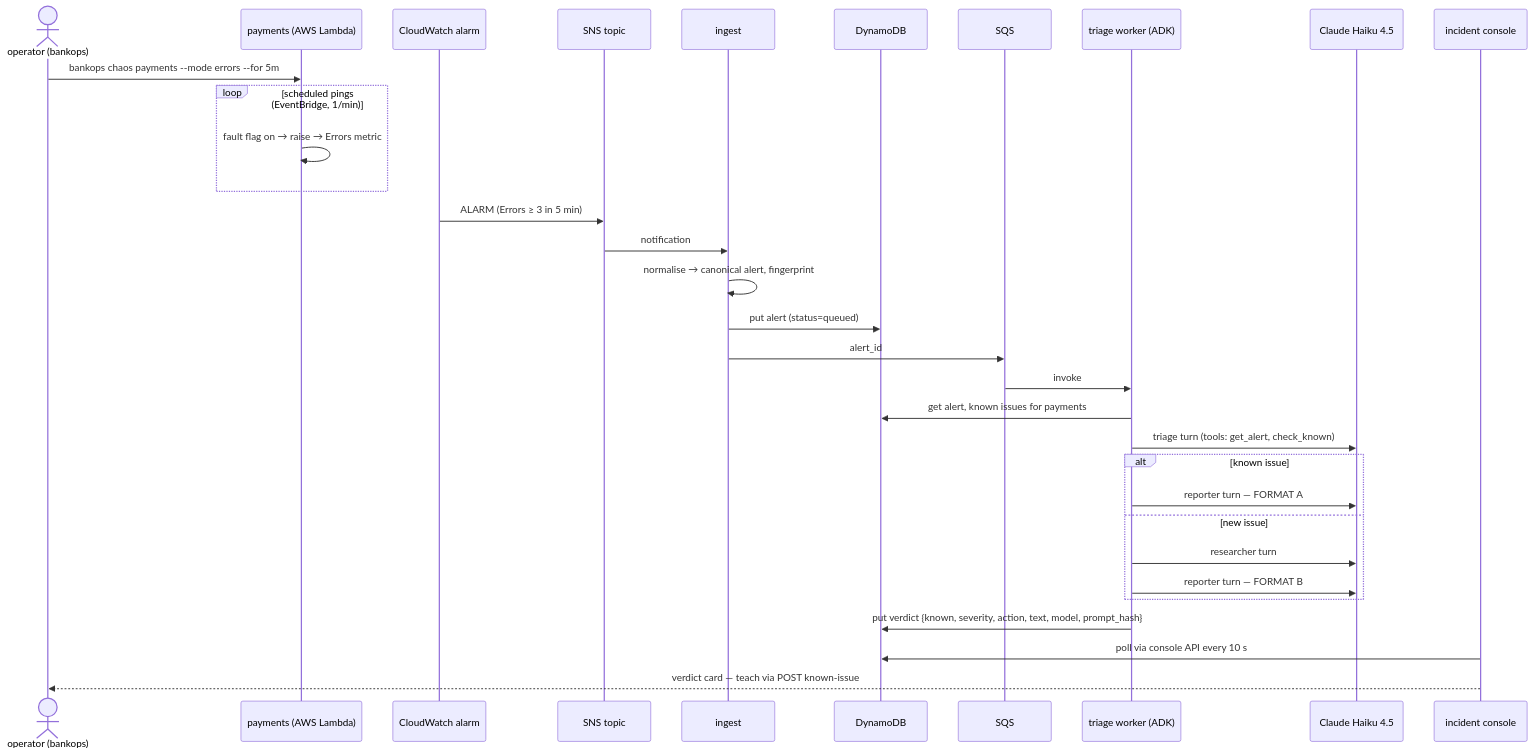
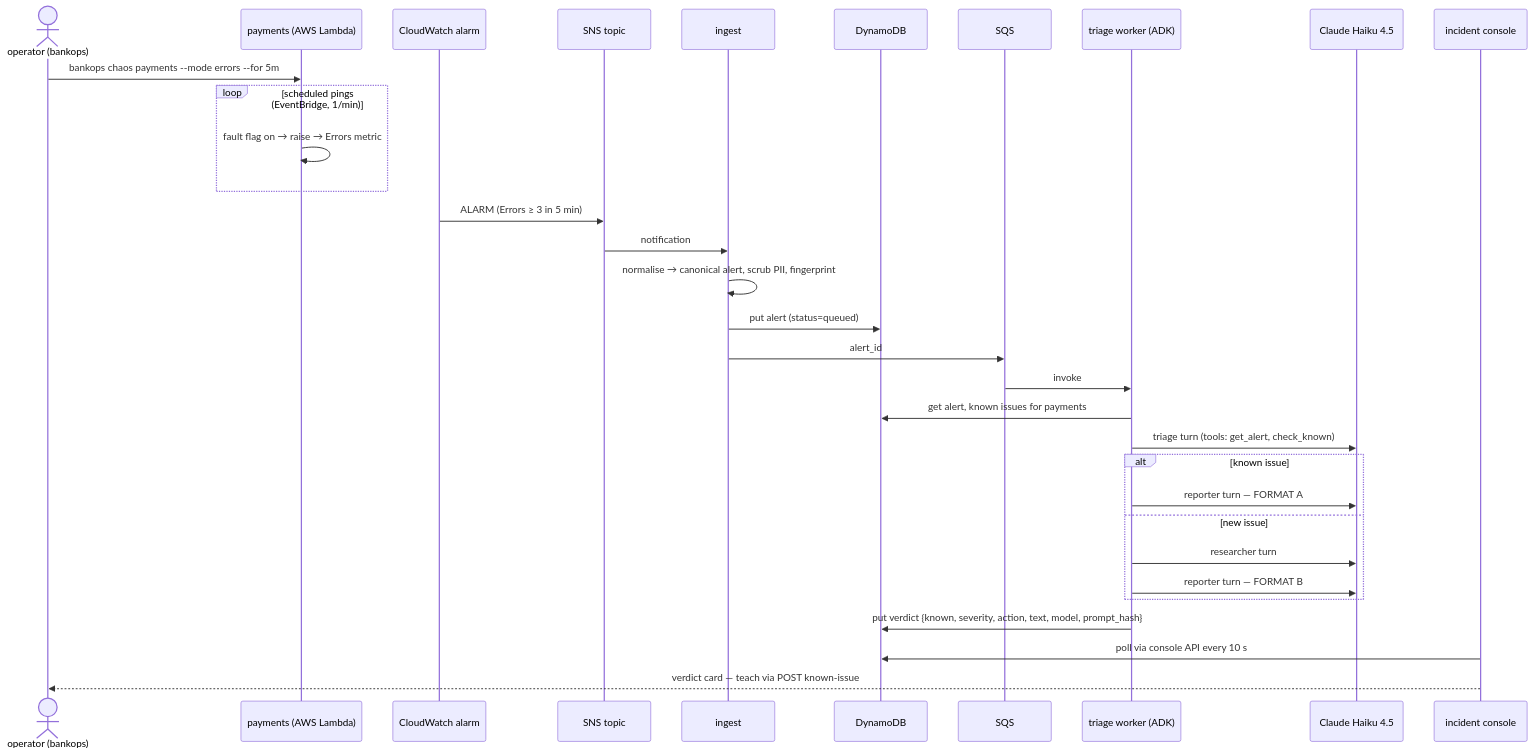
One commit to KucherenkoSerhiy/oncall-triage changed the fifth of 5 diagrams in docs/DESIGN.md. Above: the diagram before and after it, drawn with Mermaid. The commit also changed other lines of this file, not shown here.

````diff
--- a/docs/DESIGN.md
+++ b/docs/DESIGN.md
@@ -259,35 +298,35 @@
 ```mermaid
 sequenceDiagram
   actor Op as operator (bankops)
   participant P as payments (AWS Lambda)
   participant CW as CloudWatch alarm
   participant SNS as SNS topic
   participant IN as ingest
   participant DB as DynamoDB
   participant Q as SQS
   participant W as triage worker (ADK)
   participant AI as Claude Haiku 4.5
   participant UI as incident console
 
   Op->>P: bankops chaos payments --mode errors --for 5m
   loop scheduled pings (EventBridge, 1/min)
     P->>P: fault flag on → raise → Errors metric
   end
   CW->>SNS: ALARM (Errors ≥ 3 in 5 min)
   SNS->>IN: notification
-  IN->>IN: normalise → canonical alert, fingerprint
+  IN->>IN: normalise → canonical alert, scrub PII, fingerprint
   IN->>DB: put alert (status=queued)
   IN->>Q: alert_id
   Q->>W: invoke
   W->>DB: get alert, known issues for payments
   W->>AI: triage turn (tools: get_alert, check_known)
   alt known issue
     W->>AI: reporter turn — FORMAT A
   else new issue
     W->>AI: researcher turn
     W->>AI: reporter turn — FORMAT B
   end
   W->>DB: put verdict {known, severity, action, text, model, prompt_hash}
   UI->>DB: poll via console API every 10 s
   UI-->>Op: verdict card — teach via POST known-issue
 ```
````
